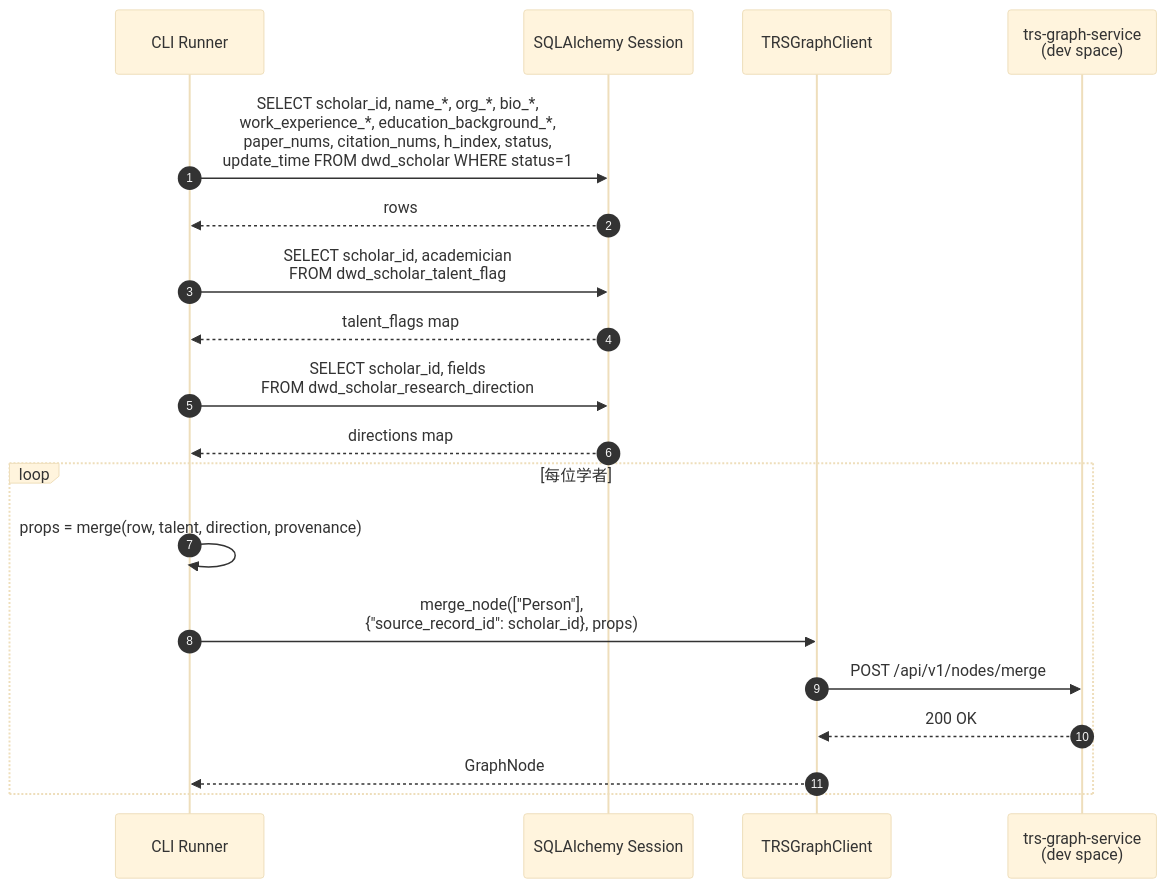
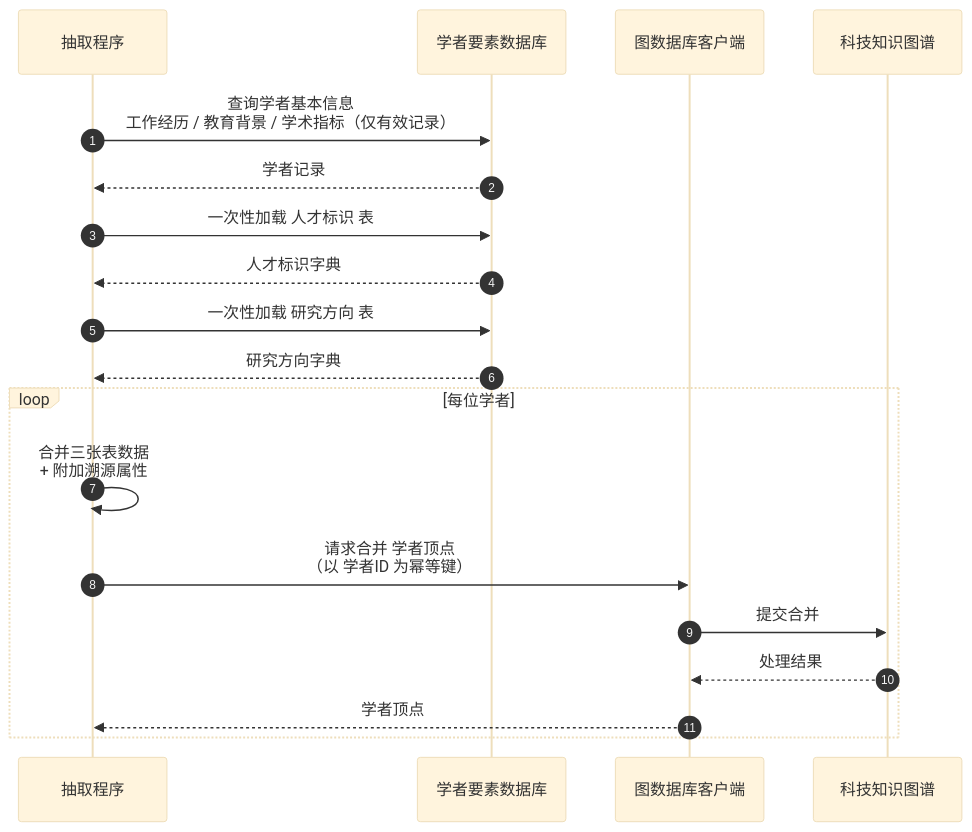
One commit to Marisolebxf/tech-kg-api changed the third of 4 diagrams in backend/docs/scholar_mapping.md. Above: the diagram before and after it, drawn with Mermaid (base theme). The commit also changed other lines of this file and 1 other file, not shown here.

First line of the commit message:
feat(scholar): optional cross-domain AUTHORED_BY fallback

````diff
--- a/backend/docs/scholar_mapping.md
+++ b/backend/docs/scholar_mapping.md
@@ -263,25 +308,25 @@
 ```mermaid
 sequenceDiagram
     autonumber
-    participant Runner as CLI Runner
-    participant SQLA as SQLAlchemy Session
-    participant Client as TRSGraphClient
-    participant Svc as trs-graph-service<br/>(dev space)
+    participant Runner as 抽取程序
+    participant DB as 学者要素数据库
+    participant Client as 图数据库客户端
+    participant Graph as 科技知识图谱
 
-    Runner->>SQLA: SELECT scholar_id, name_*, org_*, bio_*,<br/>work_experience_*, education_background_*,<br/>paper_nums, citation_nums, h_index, status,<br/>update_time FROM dwd_scholar WHERE status=1
-    SQLA-->>Runner: rows
+    Runner->>DB: 查询学者基本信息<br/>工作经历 / 教育背景 / 学术指标（仅有效记录）
+    DB-->>Runner: 学者记录
 
-    Runner->>SQLA: SELECT scholar_id, academician<br/>FROM dwd_scholar_talent_flag
-    SQLA-->>Runner: talent_flags map
+    Runner->>DB: 一次性加载 人才标识 表
+    DB-->>Runner: 人才标识字典
 
-    Runner->>SQLA: SELECT scholar_id, fields<br/>FROM dwd_scholar_research_direction
-    SQLA-->>Runner: directions map
+    Runner->>DB: 一次性加载 研究方向 表
+    DB-->>Runner: 研究方向字典
 
     loop 每位学者
-        Runner->>Runner: props = merge(row, talent, direction, provenance)
-        Runner->>Client: merge_node(["Person"],<br/>{"source_record_id": scholar_id}, props)
-        Client->>Svc: POST /api/v1/nodes/merge
-        Svc-->>Client: 200 OK
-        Client-->>Runner: GraphNode
+        Runner->>Runner: 合并三张表数据<br/>+ 附加溯源属性
+        Runner->>Client: 请求合并 学者顶点<br/>（以 学者ID 为幂等键）
+        Client->>Graph: 提交合并
+        Graph-->>Client: 处理结果
+        Client-->>Runner: 学者顶点
     end
 ```
````
